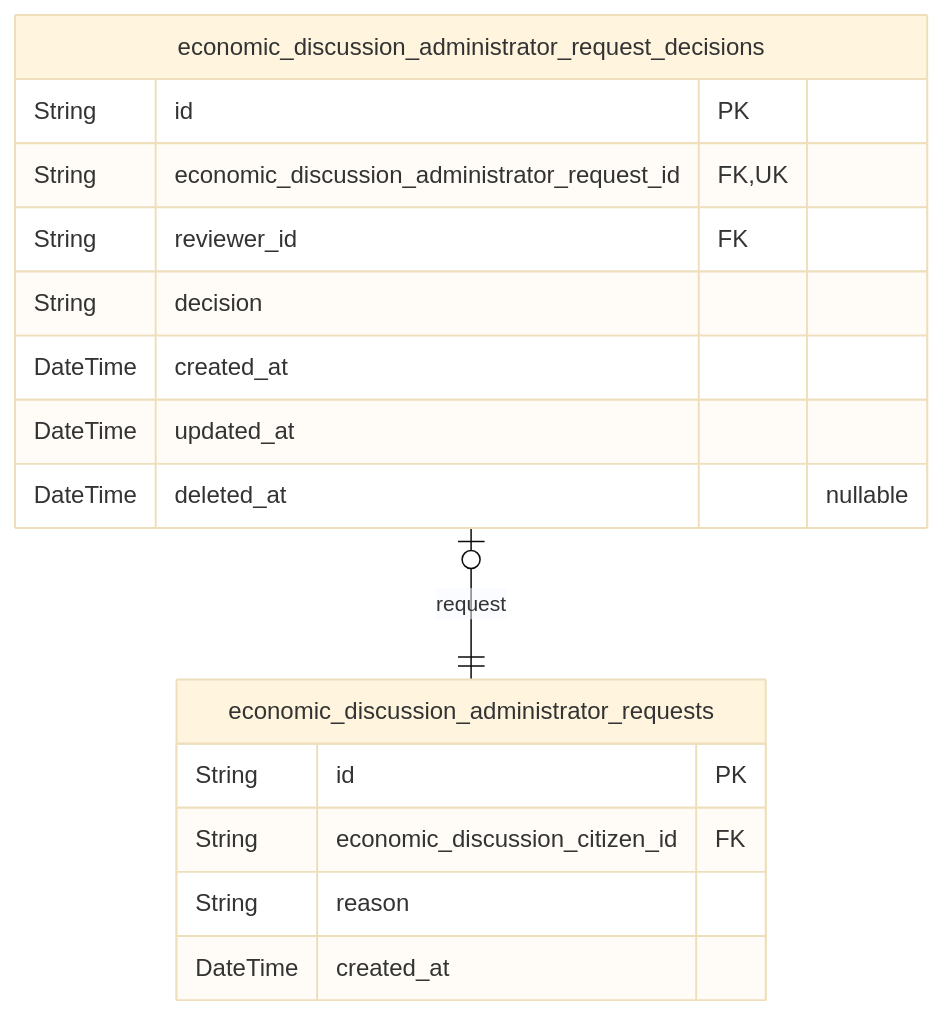
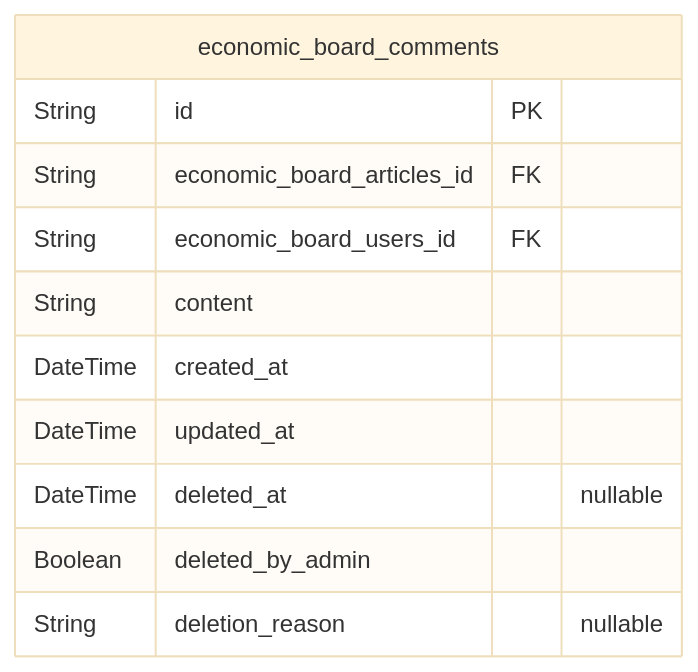
Before and after one commit to wrtnlabs/autobe-examples: the fifth of 9 diagrams in qwen/qwen3-next-80b-a3b-instruct/bbs/docs/ERD.md, drawn with Mermaid (base theme). The commit also changed other lines of this file and 11104 other files, not shown here.

````diff
--- a/qwen/qwen3-next-80b-a3b-instruct/bbs/docs/ERD.md
+++ b/qwen/qwen3-next-80b-a3b-instruct/bbs/docs/ERD.md
@@ -1096,19 +898,14 @@
 ```mermaid
 erDiagram
-"economic_discussion_administrator_requests" {
+"economic_board_comments" {
   String id PK
-  String economic_discussion_citizen_id FK
-  String reason
-  DateTime created_at
-}
-"economic_discussion_administrator_request_decisions" {
-  String id PK
-  String economic_discussion_administrator_request_id FK,UK
-  String reviewer_id FK
-  String decision
+  String economic_board_articles_id FK
+  String economic_board_users_id FK
+  String content
   DateTime created_at
   DateTime updated_at
   DateTime deleted_at "nullable"
+  Boolean deleted_by_admin
+  String deletion_reason "nullable"
 }
-"economic_discussion_administrator_request_decisions" |o--|| "economic_discussion_administrator_requests" : request
 ```
````
